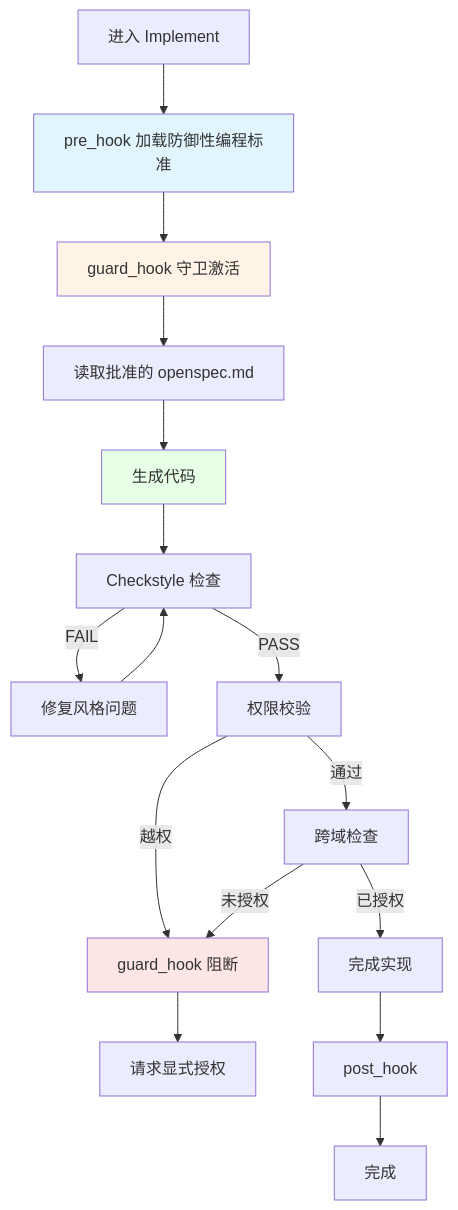
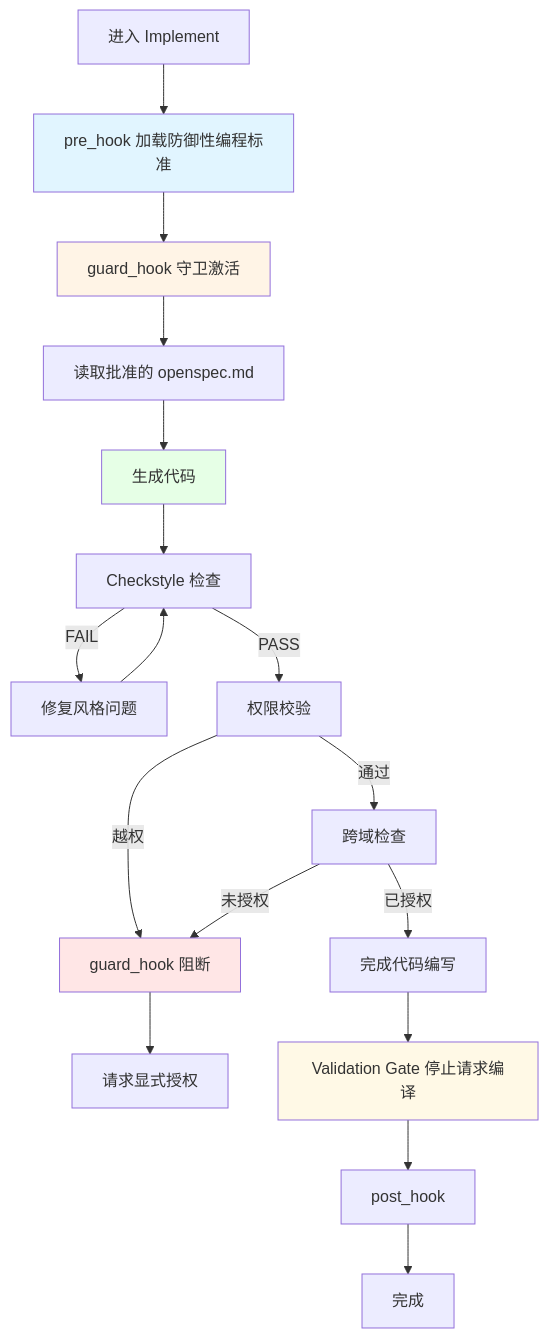
Diagram 20 of 25 in ENGINEERING_MANUAL_zh.md (listener-He/java-harness-agent), drawn with Mermaid before and after one commit. The commit also changed other lines of this file and 12 other files, not shown here.

````diff
--- a/ENGINEERING_MANUAL_zh.md
+++ b/ENGINEERING_MANUAL_zh.md
@@ -2186,23 +2194,25 @@
 ```mermaid
 flowchart TB
     Start[进入 Implement] --> PreHook[pre_hook 加载防御性编程标准]
     PreHook --> GuardHook[guard_hook 守卫激活]
     GuardHook --> ReadSpec[读取批准的 openspec.md]
     ReadSpec --> CodeGen[生成代码]
     CodeGen --> StyleCheck[Checkstyle 检查]
     StyleCheck -->|FAIL| FixStyle[修复风格问题]
     FixStyle --> StyleCheck
     StyleCheck -->|PASS| PermissionCheck[权限校验]
     PermissionCheck -->|越权| Block[guard_hook 阻断]
     Block --> RequestAuth[请求显式授权]
     PermissionCheck -->|通过| CrossDomainCheck[跨域检查]
     CrossDomainCheck -->|未授权| Block
-    CrossDomainCheck -->|已授权| Finalize[完成实现]
-    Finalize --> PostHook[post_hook]
+    CrossDomainCheck -->|已授权| Finalize[完成代码编写]
+    Finalize --> ValidationGate[Validation Gate 停止请求编译]
+    ValidationGate --> PostHook[post_hook]
     PostHook --> End[完成]
     
     style PreHook fill:#e1f5ff
     style GuardHook fill:#fff4e6
     style CodeGen fill:#e6ffe6
     style Block fill:#ffe6e6
+    style ValidationGate fill:#fff9e6
 ```
````
